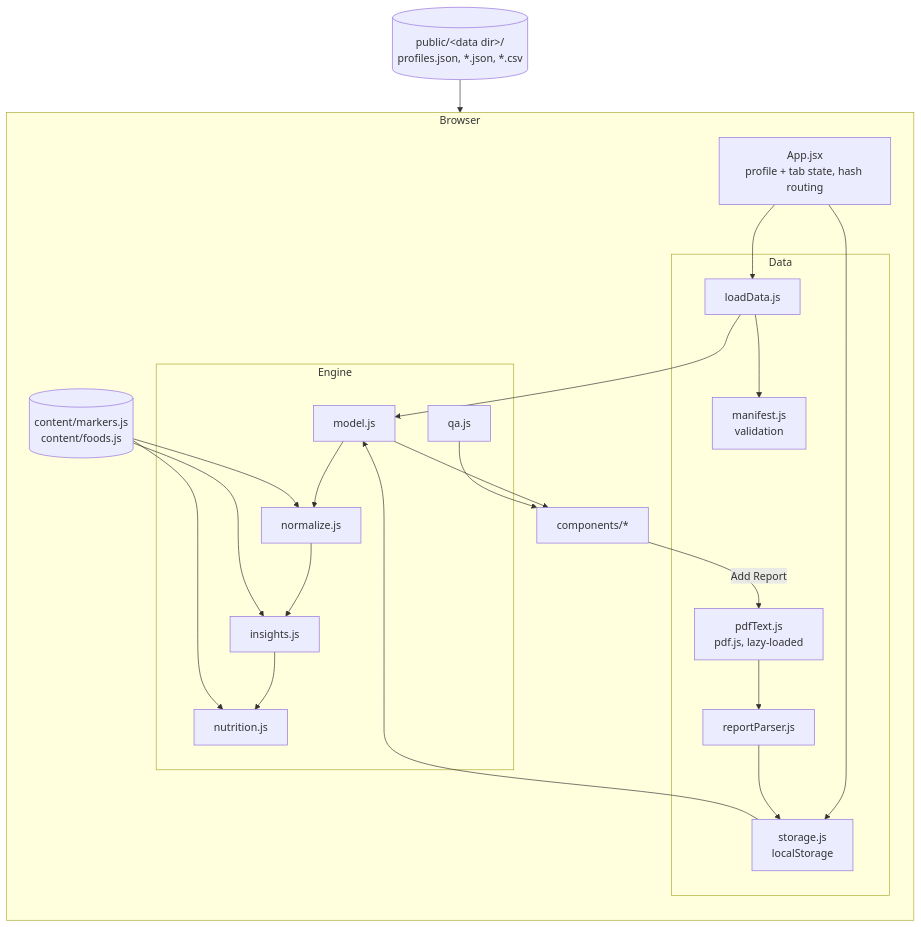
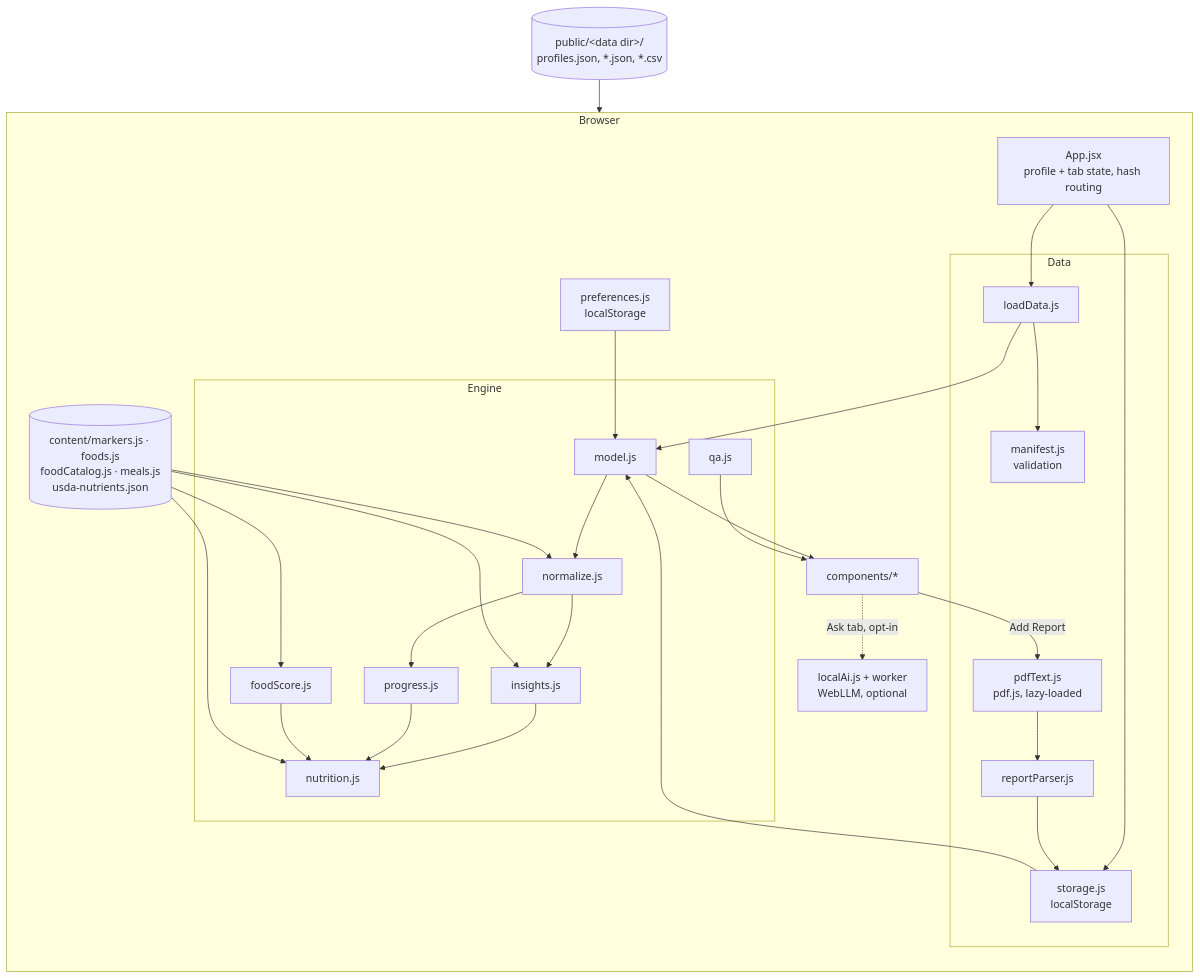
The diagram in docs/ARCHITECTURE.md (GuttulaSuresh/health-insights-dashboard), drawn with Mermaid before and after one commit. The commit also changed other lines of this file and 58 other files, not shown here.

Commit message:
Restore profiles-from-reports and add nutrient-based food suggestions, preferences, 7-day plan and on-device AI

````diff
--- a/docs/ARCHITECTURE.md
+++ b/docs/ARCHITECTURE.md
@@ -10,36 +13,45 @@
 ```mermaid
 flowchart TB
     subgraph Browser
         direction TB
         App[App.jsx<br/>profile + tab state, hash routing]
         subgraph Data
             Loader[loadData.js]
             Manifest[manifest.js<br/>validation]
             Storage[storage.js<br/>localStorage]
             Parser[reportParser.js]
             PdfText[pdfText.js<br/>pdf.js, lazy-loaded]
         end
         subgraph Engine
             Normalize[normalize.js]
             Model[model.js]
             Insights[insights.js]
+            Progress[progress.js]
+            Score[foodScore.js]
             Nutrition[nutrition.js]
             QA[qa.js]
         end
-        Content[(content/markers.js<br/>content/foods.js)]
+        Prefs[preferences.js<br/>localStorage]
+        Content[(content/markers.js · foods.js<br/>foodCatalog.js · meals.js<br/>usda-nutrients.json)]
+        AI[localAi.js + worker<br/>WebLLM, optional]
         UI[components/*]
     end
     Static[(public/&lt;data dir&gt;/<br/>profiles.json, *.json, *.csv)] --> Loader
     Loader --> Manifest
     App --> Loader
     App --> Storage
     UI -- Add Report --> PdfText --> Parser --> Storage
     Loader --> Model
     Storage --> Model
     Model --> Normalize --> Insights --> Nutrition
+    Normalize --> Progress --> Nutrition
+    Score --> Nutrition
+    Prefs --> Model
+    UI -. Ask tab, opt-in .-> AI
     Content --> Normalize
     Content --> Insights
+    Content --> Score
     Content --> Nutrition
     Model --> UI
     QA --> UI
 ```
````
